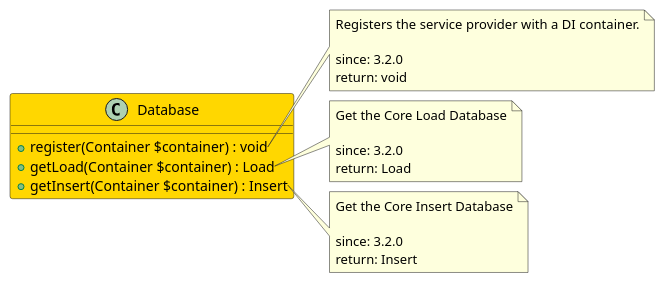
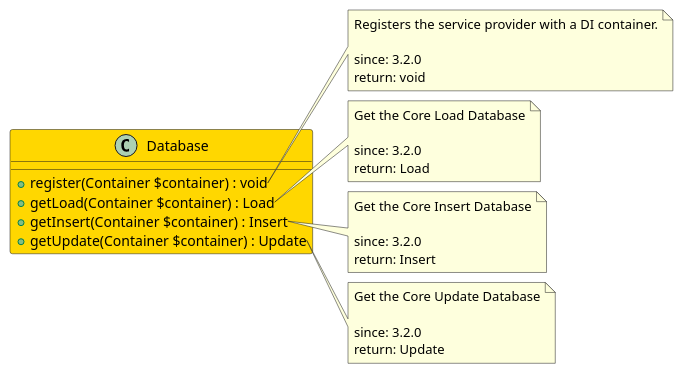
Before and after one commit to joomengine/jcb-compiler: the diagram in src/4815e1c7-a433-443d-a112-d1e03d7df84b/README.md, drawn with PlantUML. The commit also changed 65 other files, not shown here.

````diff
--- a/src/4815e1c7-a433-443d-a112-d1e03d7df84b/README.md
+++ b/src/4815e1c7-a433-443d-a112-d1e03d7df84b/README.md
@@ -11,31 +11,39 @@
 ```uml
 @startuml
 class Database  #Gold {
   + register(Container $container) : void
   + getLoad(Container $container) : Load
   + getInsert(Container $container) : Insert
+  + getUpdate(Container $container) : Update
 }
 
 note right of Database::register
   Registers the service provider with a DI container.
 
   since: 3.2.0
   return: void
 end note
 
 note right of Database::getLoad
   Get the Core Load Database
 
   since: 3.2.0
   return: Load
 end note
 
 note right of Database::getInsert
   Get the Core Insert Database
 
   since: 3.2.0
   return: Insert
 end note
+
+note right of Database::getUpdate
+  Get the Core Update Database
+
+  since: 3.2.0
+  return: Update
+end note
  
 @enduml
 ```
````
